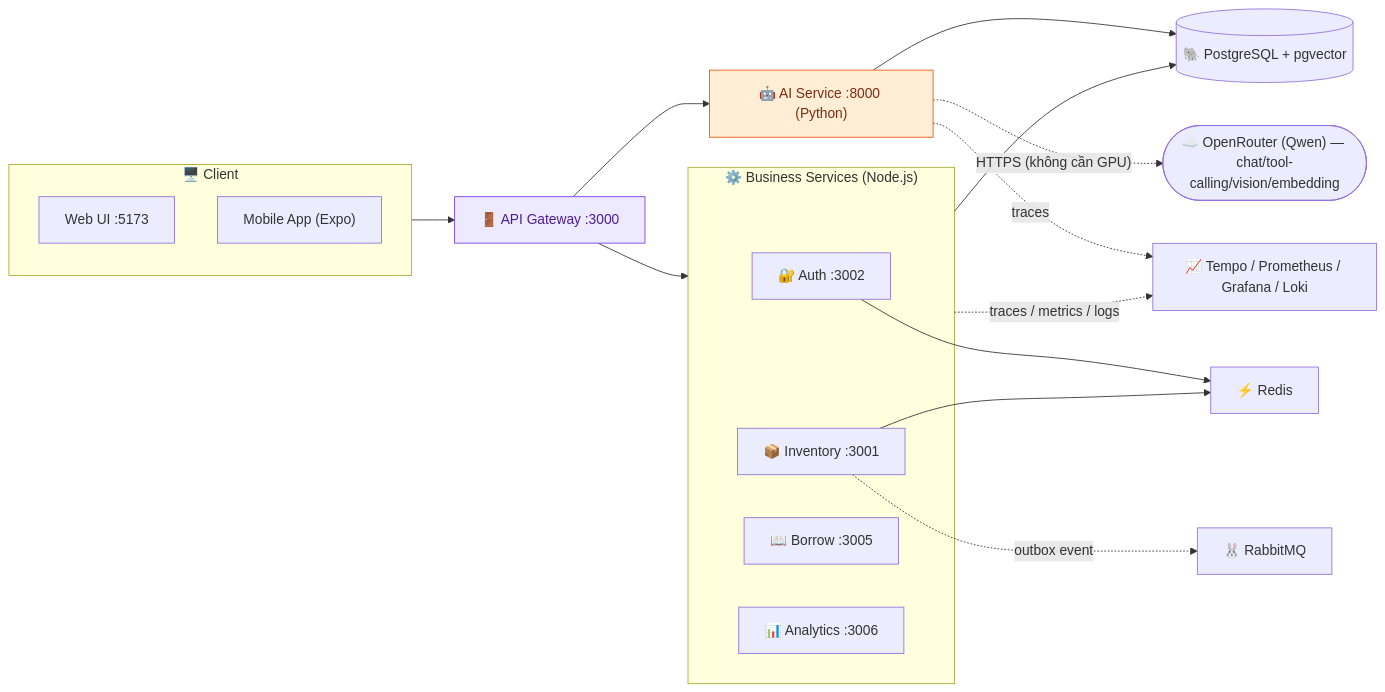
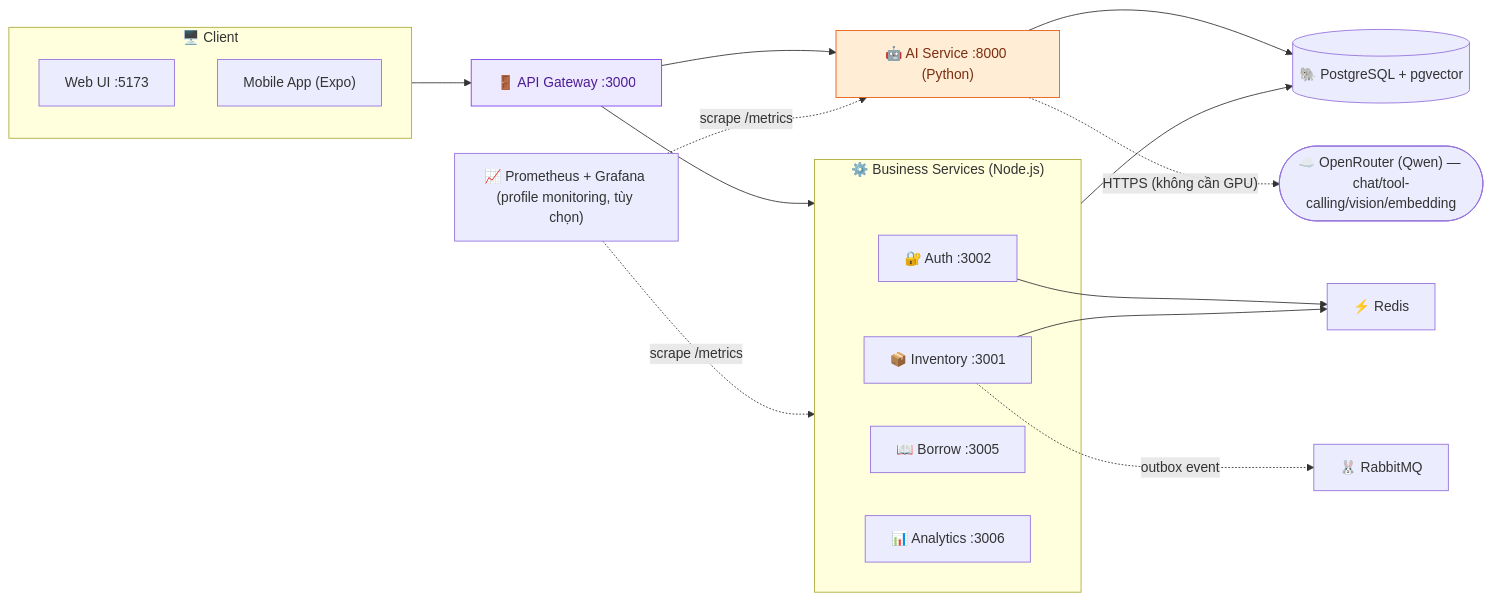
One commit to vinhhung04/smartbook-system changed the first of 2 diagrams in README.md. Above: the diagram before and after it, drawn with Mermaid. The commit also changed other lines of this file and 47 other files, not shown here.

First line of the commit message:
chore(observability): make monitoring optional, drop Loki/Promtail/Tempo

````diff
--- a/README.md
+++ b/README.md
@@ -169,43 +169,43 @@
 ```mermaid
 flowchart LR
     subgraph Client["🖥️ Client"]
         UI["Web UI :5173"]
         MOB["Mobile App (Expo)"]
     end
 
     GW["🚪 API Gateway :3000"]
 
     subgraph Core["⚙️ Business Services (Node.js)"]
         AUTH["🔐 Auth :3002"]
         INV["📦 Inventory :3001"]
         BORROW["📖 Borrow :3005"]
         ANA["📊 Analytics :3006"]
     end
 
     AI["🤖 AI Service :8000 (Python)"]
 
     PG[("🐘 PostgreSQL + pgvector")]
     REDIS["⚡ Redis"]
     MQ["🐰 RabbitMQ"]
     OPENROUTER(["☁️ OpenRouter (Qwen) — chat/tool-calling/vision/embedding"])
-    OBS["📈 Tempo / Prometheus / Grafana / Loki"]
+    OBS["📈 Prometheus + Grafana (profile monitoring, tùy chọn)"]
 
     Client --> GW
     GW --> Core
     GW --> AI
 
     Core --> PG
     AI --> PG
     AUTH --> REDIS
     INV --> REDIS
     AI -. "HTTPS (không cần GPU)" .-> OPENROUTER
 
     INV -. "outbox event" .-> MQ
-    Core -. "traces / metrics / logs" .-> OBS
-    AI -. "traces" .-> OBS
+    OBS -. "scrape /metrics" .-> Core
+    OBS -. "scrape /metrics" .-> AI
 
     classDef gateway fill:#ede9fe,stroke:#7c3aed,color:#4c1d95;
     classDef aiservice fill:#ffedd5,stroke:#ea580c,color:#7c2d12;
     class GW gateway;
     class AI aiservice;
 ```
````
